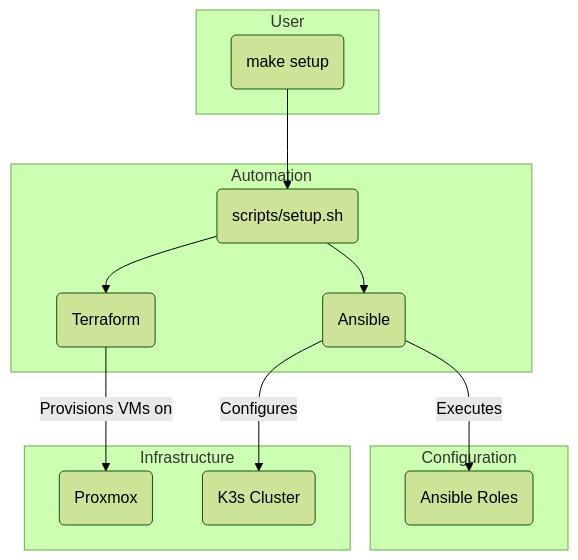
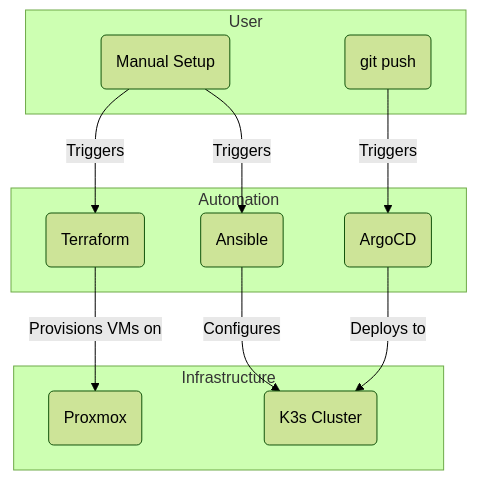
The third of 3 diagrams in README.md (toxicoder/homelabeazy), drawn with Mermaid (forest theme) before and after one commit. The commit also changed other lines of this file and 1 other file, not shown here.

````diff
--- a/README.md
+++ b/README.md
@@ -365,28 +367,25 @@
 ```mermaid
 graph TD
     subgraph "User"
-        A(make setup)
+        A(Manual Setup)
+        P(git push)
     end
 
     subgraph "Automation"
-        B(scripts/setup.sh)
         C(Terraform)
         D(Ansible)
+        K(ArgoCD)
     end
 
     subgraph "Infrastructure"
         E(Proxmox)
         F(K3s Cluster)
     end
 
-    subgraph "Configuration"
-        G(Ansible Roles)
-    end
-
-    A --> B
-    B --> C
+    A -- Triggers --> C
+    A -- Triggers --> D
     C -- Provisions VMs on --> E
-    B --> D
     D -- Configures --> F
-    D -- Executes --> G
+    P -- Triggers --> K
+    K -- Deploys to --> F
 ```
````
